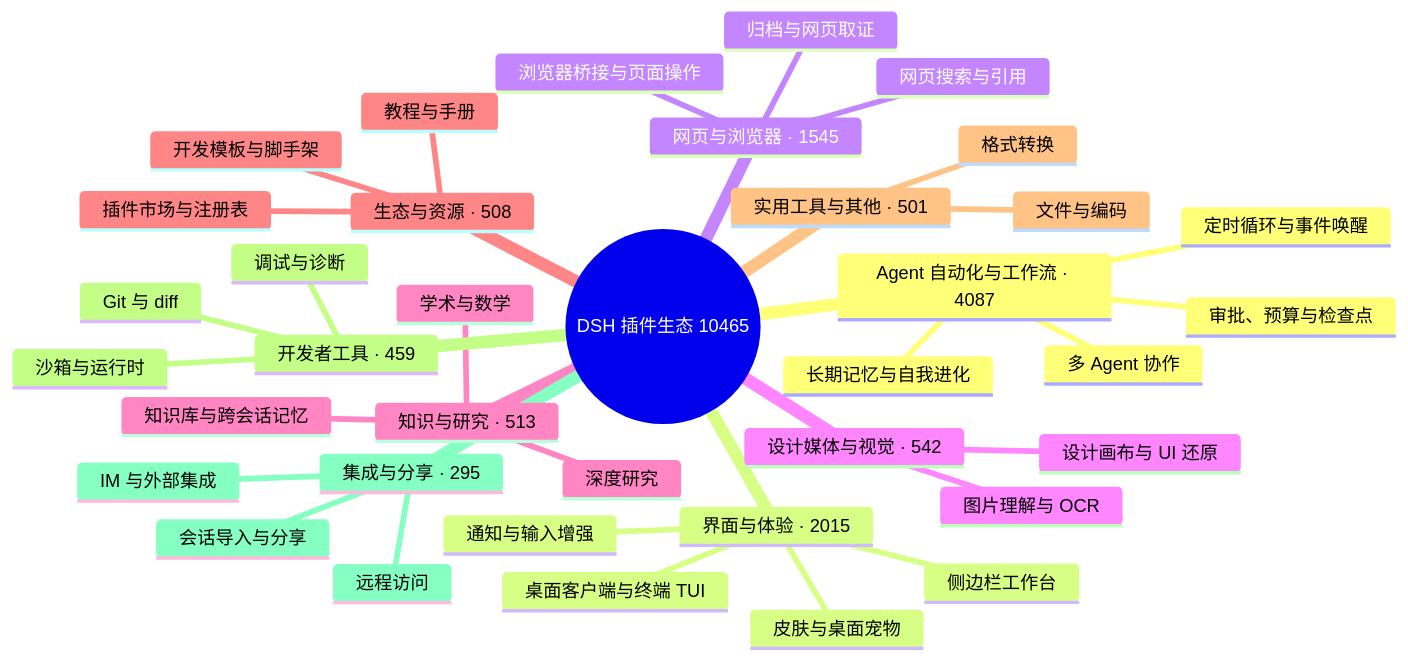
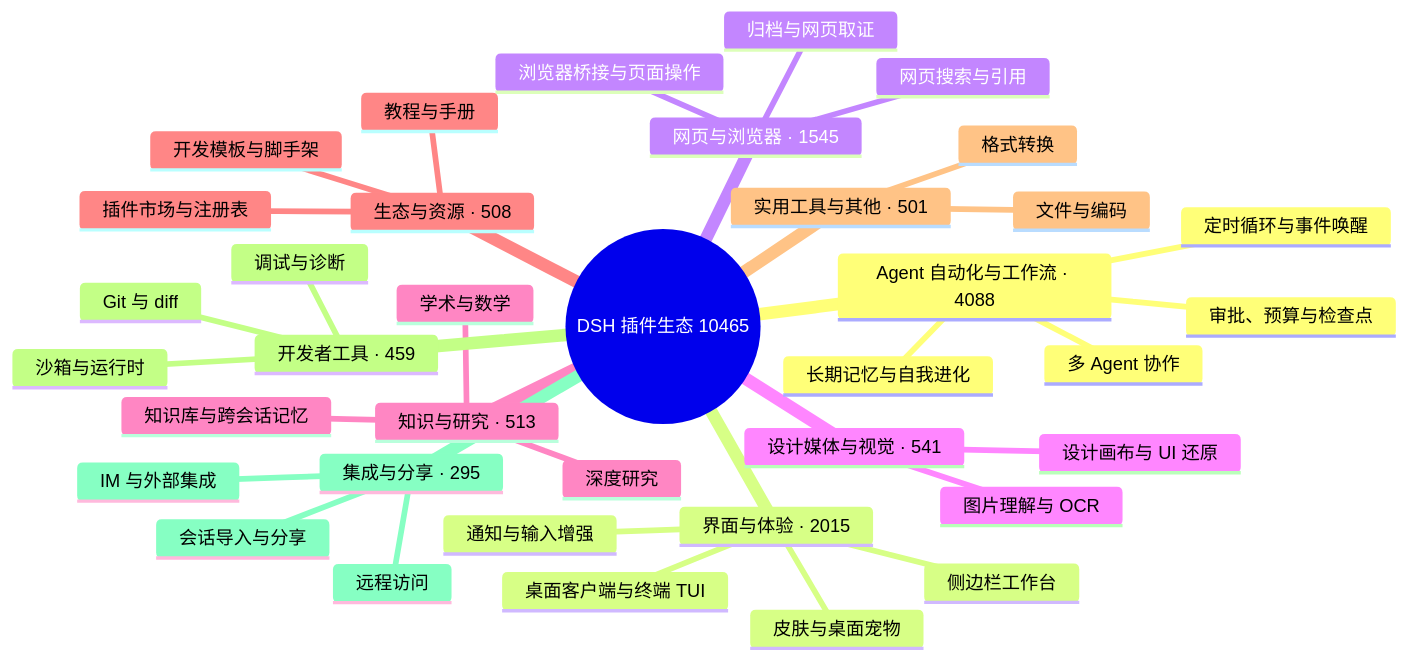
The diagram in README.md (bruc3van/awesome-dsh-plugin), drawn with Mermaid before and after one commit. The commit also changed 5 other files, not shown here.

````diff
--- a/README.md
+++ b/README.md
@@ -33,40 +33,40 @@
 ```mermaid
 mindmap
   root((DSH 插件生态 10465))
-    Agent 自动化与工作流 · 4087
+    Agent 自动化与工作流 · 4088
       定时循环与事件唤醒
       多 Agent 协作
       长期记忆与自我进化
       审批、预算与检查点
     界面与体验 · 2015
       桌面客户端与终端 TUI
       侧边栏工作台
       皮肤与桌面宠物
       通知与输入增强
     网页与浏览器 · 1545
       浏览器桥接与页面操作
       网页搜索与引用
       归档与网页取证
-    设计媒体与视觉 · 542
+    设计媒体与视觉 · 541
       图片理解与 OCR
       设计画布与 UI 还原
     知识与研究 · 513
       知识库与跨会话记忆
       深度研究
       学术与数学
     生态与资源 · 508
       插件市场与注册表
       开发模板与脚手架
       教程与手册
     实用工具与其他 · 501
       文件与编码
       格式转换
     开发者工具 · 459
       Git 与 diff
       沙箱与运行时
       调试与诊断
     集成与分享 · 295
       会话导入与分享
       远程访问
       IM 与外部集成
 ```
````
